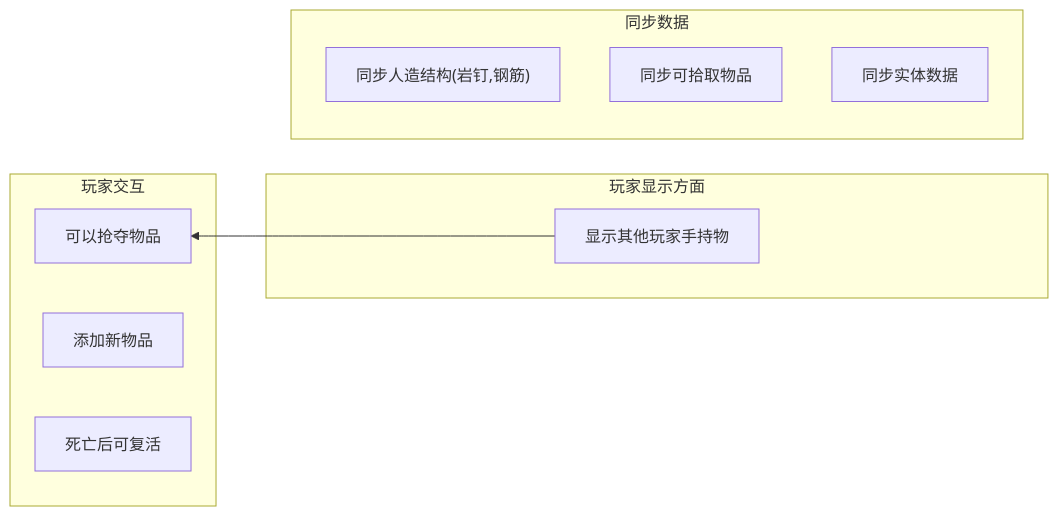
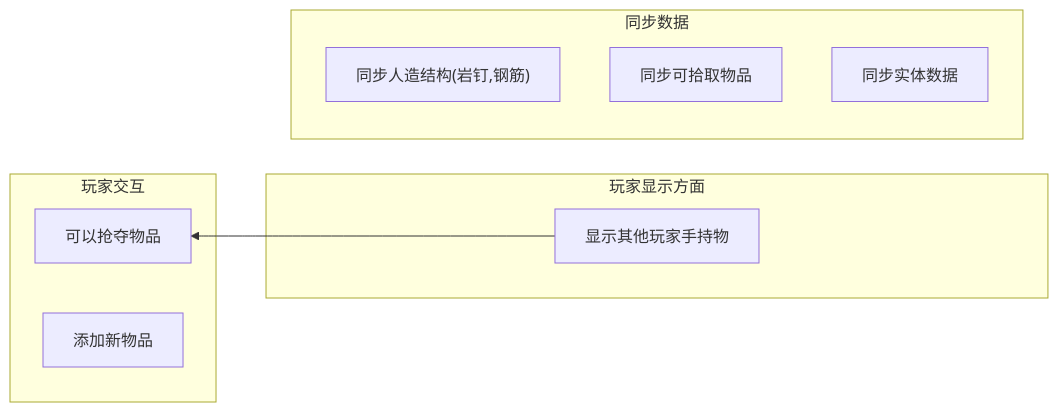
The diagram in README_CN.md (Shen-X-L/WKMultiMod), drawn with Mermaid before and after one commit. The commit also changed other lines of this file and 15 other files, not shown here.

````diff
--- a/README_CN.md
+++ b/README_CN.md
@@ -18,24 +18,23 @@
 ```mermaid
 graph RL
     %% 模块 1:玩家显示方面
     subgraph 玩家显示方面
         1d[显示其他玩家手持物]
     end
 
     %% 模块 2:玩家交互
     subgraph 玩家交互
         2b[可以抢夺物品]
         2c[添加新物品]
-        2e[死亡后可复活]
     end
 
     %% 模块 3:同步数据
     subgraph 同步数据
         3a["同步人造结构(岩钉,钢筋)"]
         3c[同步可拾取物品]
         3e[同步实体数据]
     end
 
     %% 依赖关系连接 (跨模块和模块内)
     1d --> 2b
 ```
````
